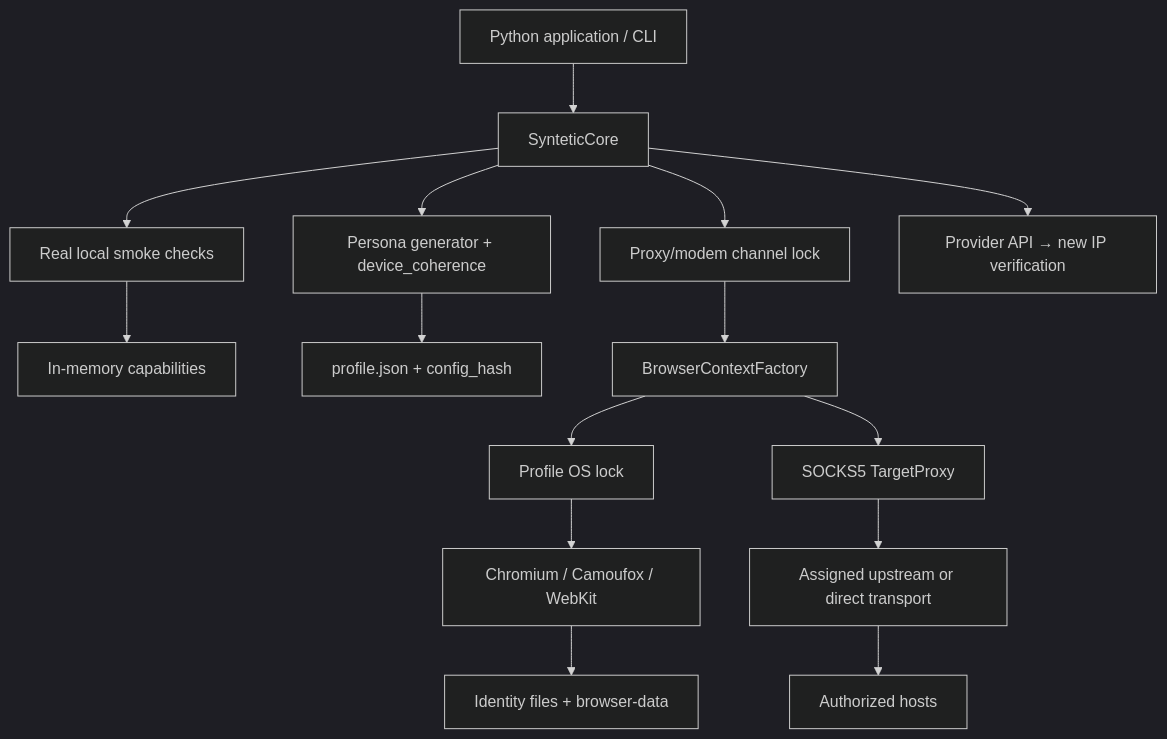
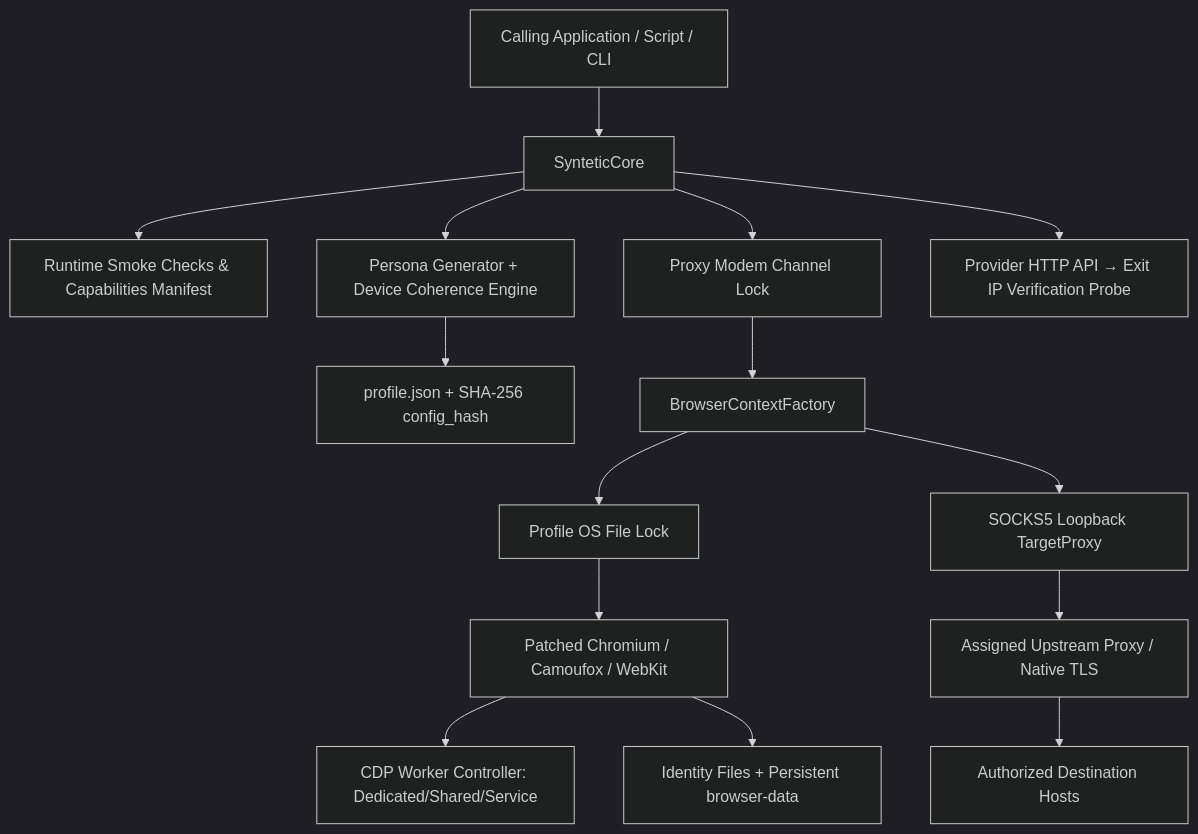
The diagram in docs/ARCHITECTURE.md (Polen452294/Syntetic-Core), drawn with Mermaid (dark theme) before and after one commit. The commit also changed other lines of this file and 18 other files, not shown here.

````diff
--- a/docs/ARCHITECTURE.md
+++ b/docs/ARCHITECTURE.md
@@ -11,17 +11,17 @@
 ```mermaid
 flowchart TD
-    App[Python application / CLI] --> Core[SynteticCore]
-    Core --> Discovery[Real local smoke checks]
-    Discovery --> Manifest[In-memory capabilities]
-    Core --> Generator[Persona generator + device_coherence]
-    Generator --> Profile[profile.json + config_hash]
-    Core --> Channel[Proxy/modem channel lock]
+    App[Calling Application / Script / CLI] --> Core[SynteticCore]
+    Core --> Discovery[Runtime Smoke Checks & Capabilities Manifest]
+    Core --> Generator[Persona Generator + Device Coherence Engine]
+    Generator --> Profile[profile.json + SHA-256 config_hash]
+    Core --> Channel[Proxy Modem Channel Lock]
     Channel --> Factory[BrowserContextFactory]
-    Factory --> Lock[Profile OS lock]
-    Lock --> Runtime[Chromium / Camoufox / WebKit]
-    Runtime --> Identity[Identity files + browser-data]
-    Factory --> Guard[SOCKS5 TargetProxy]
-    Guard --> Proxy[Assigned upstream or direct transport]
-    Proxy --> Target[Authorized hosts]
-    Core --> Rotation[Provider API → new IP verification]
+    Factory --> Lock[Profile OS File Lock]
+    Lock --> Runtime[Patched Chromium / Camoufox / WebKit]
+    Runtime --> WorkerCtrl[CDP Worker Controller: Dedicated/Shared/Service]
+    Runtime --> Identity[Identity Files + Persistent browser-data]
+    Factory --> Guard[SOCKS5 Loopback TargetProxy]
+    Guard --> Proxy[Assigned Upstream Proxy / Native TLS]
+    Proxy --> Target[Authorized Destination Hosts]
+    Core --> Rotation[Provider HTTP API → Exit IP Verification Probe]
 ```
````
